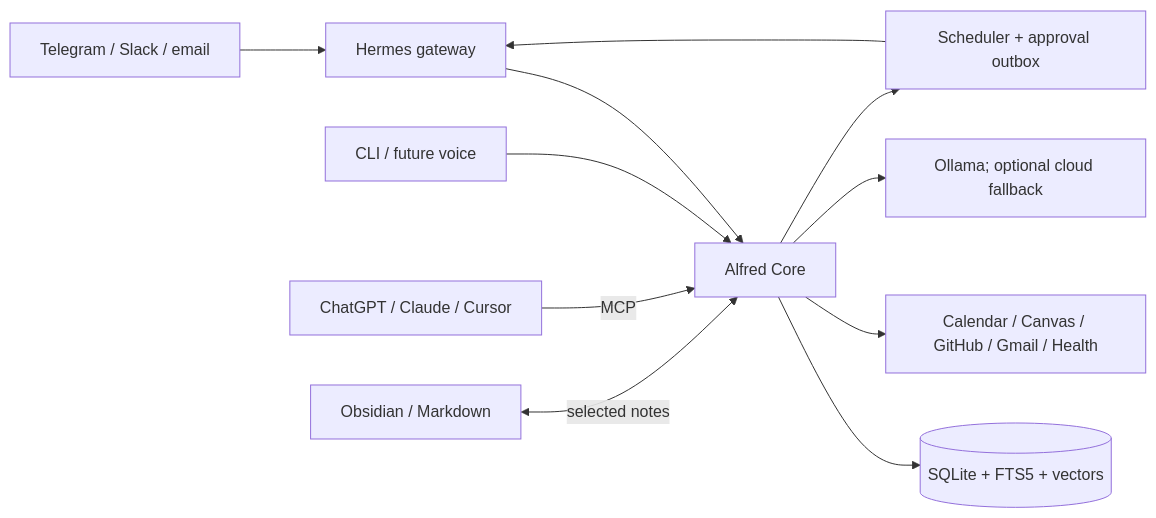
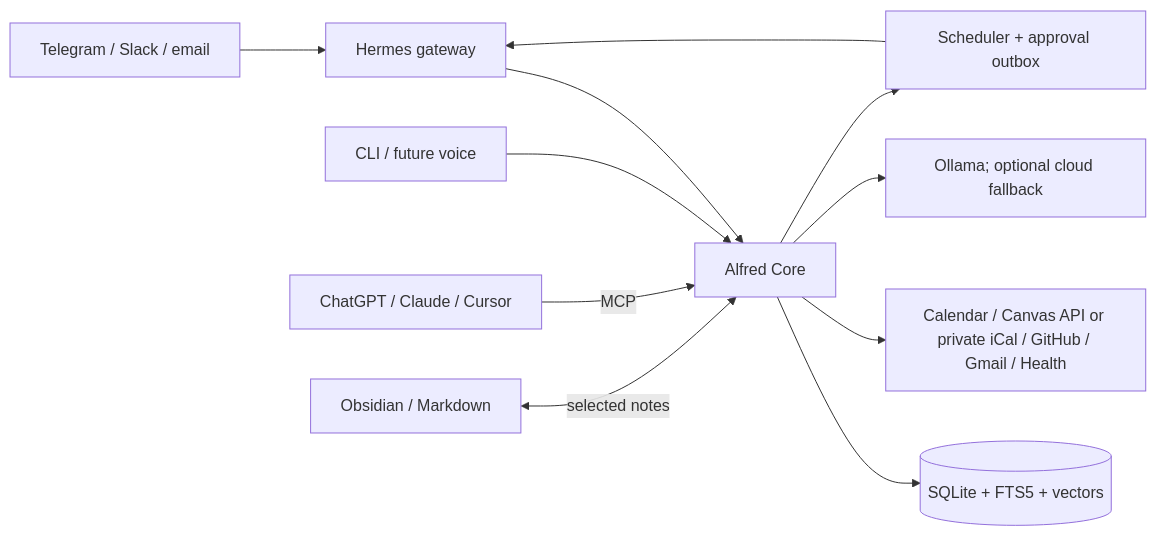
Before and after one commit to ndunl075/opendot: the diagram in ARCHITECTURE.md, drawn with Mermaid. The commit also changed other lines of this file and 8 other files, not shown here.

Commit message:
Add secure Canvas iCal sync

````diff
--- a/ARCHITECTURE.md
+++ b/ARCHITECTURE.md
@@ -28,13 +28,13 @@
 ```mermaid
 flowchart LR
   TG[Telegram / Slack / email] --> HG[Hermes gateway]
   HG --> AC[Alfred Core]
   UI[CLI / future voice] --> AC
   AI[ChatGPT / Claude / Cursor] -->|MCP| AC
   AC --> MEM[(SQLite + FTS5 + vectors)]
   OBS[Obsidian / Markdown] <-->|selected notes| AC
-  AC --> API[Calendar / Canvas / GitHub / Gmail / Health]
+  AC --> API[Calendar / Canvas API or private iCal / GitHub / Gmail / Health]
   AC --> MODELS[Ollama; optional cloud fallback]
   AC --> OUT[Scheduler + approval outbox]
   OUT --> HG
 ```
````
